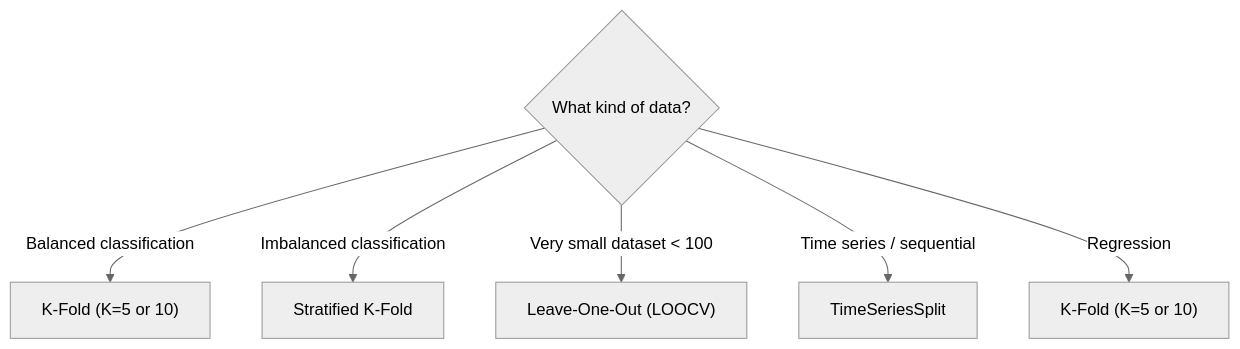
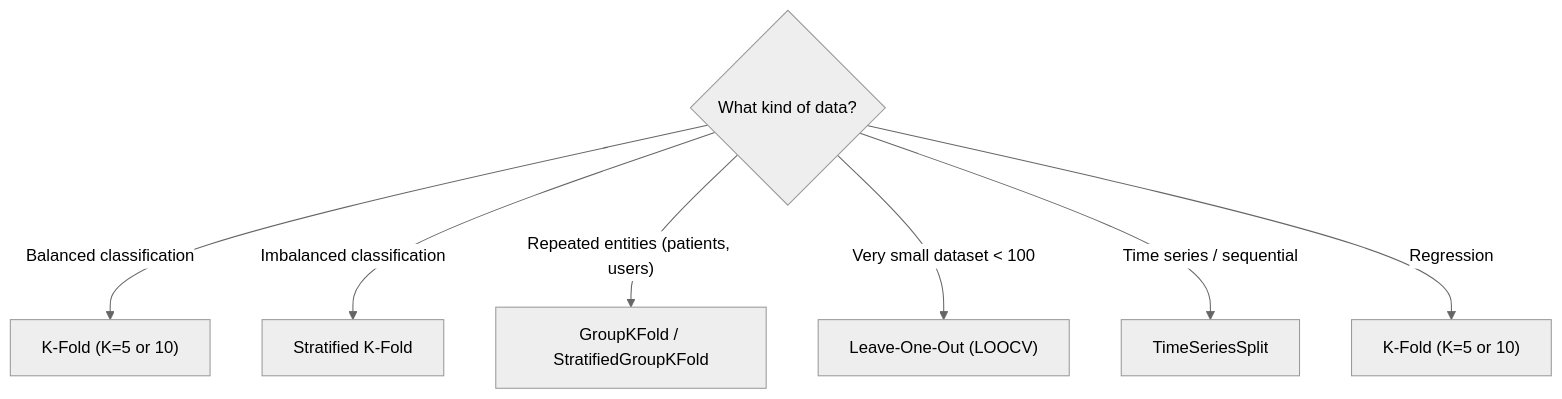
The third of 3 diagrams in content/13_model_evaluation.md (Hmago/ml4), drawn with Mermaid (neutral theme) before and after one commit. The commit also changed other lines of this file and 27 other files, not shown here.

````diff
--- a/content/13_model_evaluation.md
+++ b/content/13_model_evaluation.md
@@ -628,8 +976,9 @@
 ```mermaid
 flowchart TD
     A{What kind of data?} -->|"Balanced classification"| B["K-Fold (K=5 or 10)"]
     A -->|"Imbalanced classification"| C["Stratified K-Fold"]
+    A -->|"Repeated entities (patients, users)"| G["GroupKFold / StratifiedGroupKFold"]
     A -->|"Very small dataset < 100"| D["Leave-One-Out (LOOCV)"]
     A -->|"Time series / sequential"| E["TimeSeriesSplit"]
     A -->|"Regression"| F["K-Fold (K=5 or 10)"]
 ```
````
